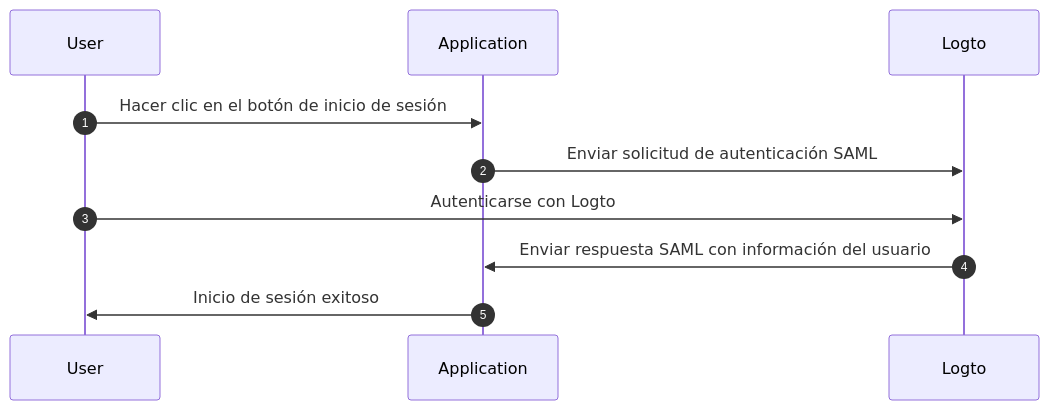
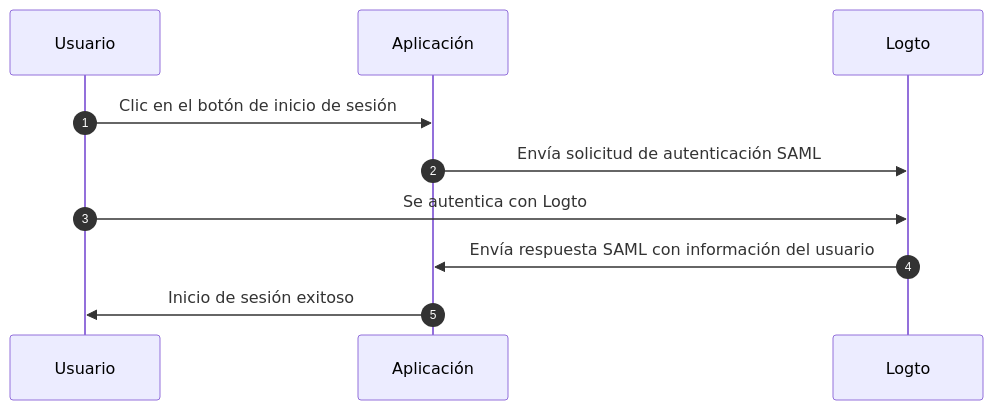
Before and after one commit to logto-io/docs: the fourth of 4 diagrams in i18n/es/docusaurus-plugin-content-docs/current/integrate-logto/integrate-logto-into-your-application/understand-authentication-flow.mdx, drawn with Mermaid. The commit also changed other lines of this file and 44 other files, not shown here.

````diff
--- a/i18n/es/docusaurus-plugin-content-docs/current/integrate-logto/integrate-logto-into-your-application/understand-authentication-flow.mdx
+++ b/i18n/es/docusaurus-plugin-content-docs/current/integrate-logto/integrate-logto-into-your-application/understand-authentication-flow.mdx
@@ -69,13 +97,13 @@
 ```mermaid
 sequenceDiagram
     autonumber
-    participant User
-    participant Application
+    participant Usuario
+    participant Aplicación
     participant Logto
 
-    User->>Application: Hacer clic en el botón de inicio de sesión
-    Application->>Logto: Enviar solicitud de autenticación SAML
-    User->>Logto: Autenticarse con Logto
-    Logto->>Application: Enviar respuesta SAML con información del usuario
-    Application->>User: Inicio de sesión exitoso
+    Usuario->>Aplicación: Clic en el botón de inicio de sesión
+    Aplicación->>Logto: Envía solicitud de autenticación SAML
+    Usuario->>Logto: Se autentica con Logto
+    Logto->>Aplicación: Envía respuesta SAML con información del usuario
+    Aplicación->>Usuario: Inicio de sesión exitoso
 ```
````
